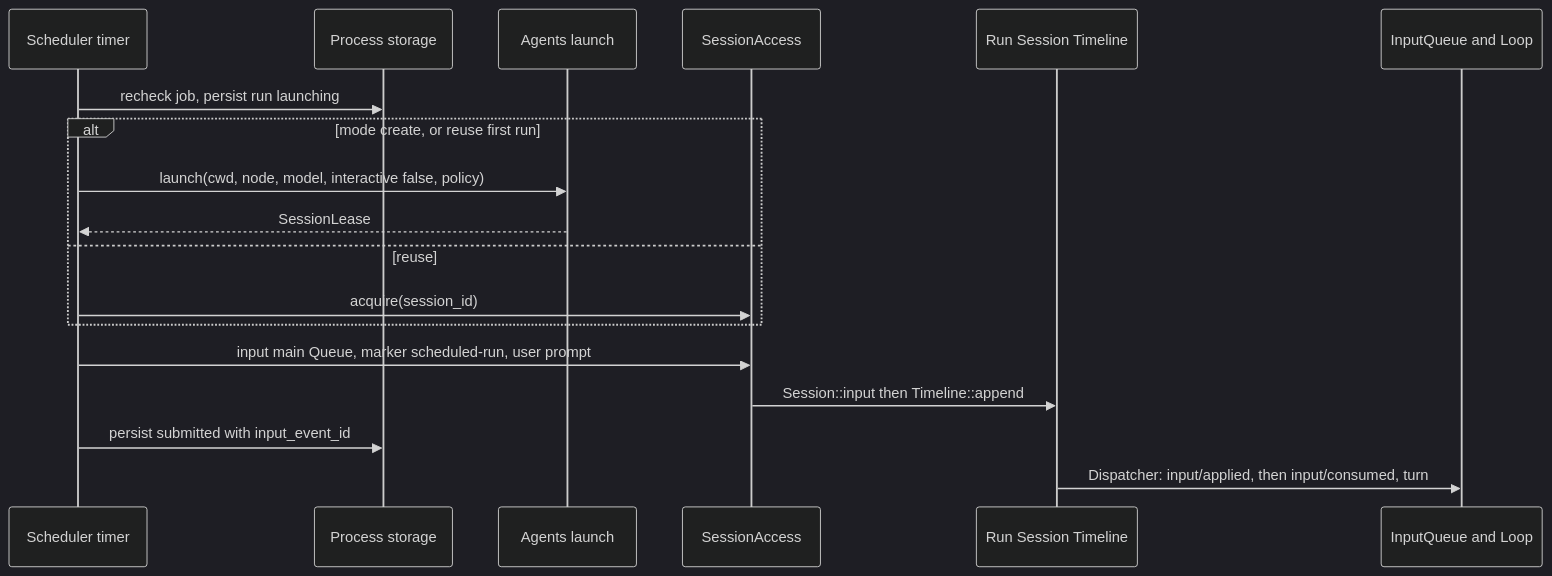
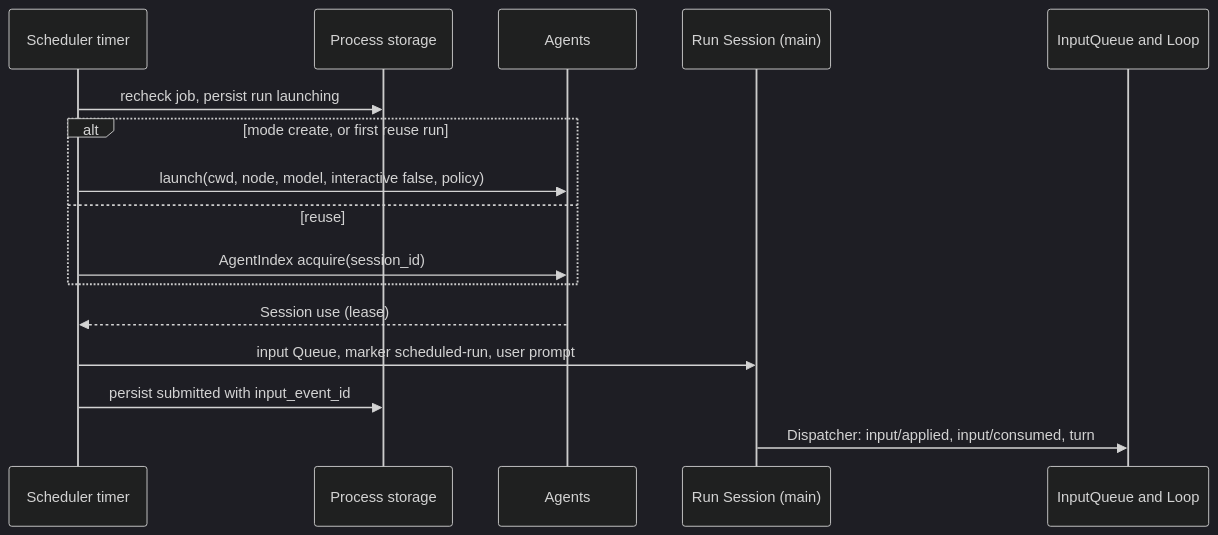
One commit to CoutinhoTTS/dim-agent changed the third of 6 diagrams in docs/design/plugins/Scheduler.md. Above: the diagram before and after it, drawn with Mermaid (dark theme). The commit also changed other lines of this file and 3 other files, not shown here.

````diff
--- a/docs/design/plugins/Scheduler.md
+++ b/docs/design/plugins/Scheduler.md
@@ -90,20 +84,18 @@
 ```mermaid
 sequenceDiagram
   participant T as Scheduler timer
   participant ST as Process storage
-  participant AG as Agents launch
-  participant SA as SessionAccess
-  participant TL as Run Session Timeline
+  participant AG as Agents
+  participant S as Run Session (main)
   participant IQ as InputQueue and Loop
   T->>ST: recheck job, persist run launching
-  alt mode create, or reuse first run
+  alt mode create, or first reuse run
     T->>AG: launch(cwd, node, model, interactive false, policy)
-    AG-->>T: SessionLease
   else reuse
-    T->>SA: acquire(session_id)
+    T->>AG: AgentIndex acquire(session_id)
   end
-  T->>SA: input main Queue, marker scheduled-run, user prompt
-  SA->>TL: Session::input then Timeline::append
+  AG-->>T: Session use (lease)
+  T->>S: input Queue, marker scheduled-run, user prompt
   T->>ST: persist submitted with input_event_id
-  TL->>IQ: Dispatcher: input/applied, then input/consumed, turn
+  S->>IQ: Dispatcher: input/applied, input/consumed, turn
 ```
````
